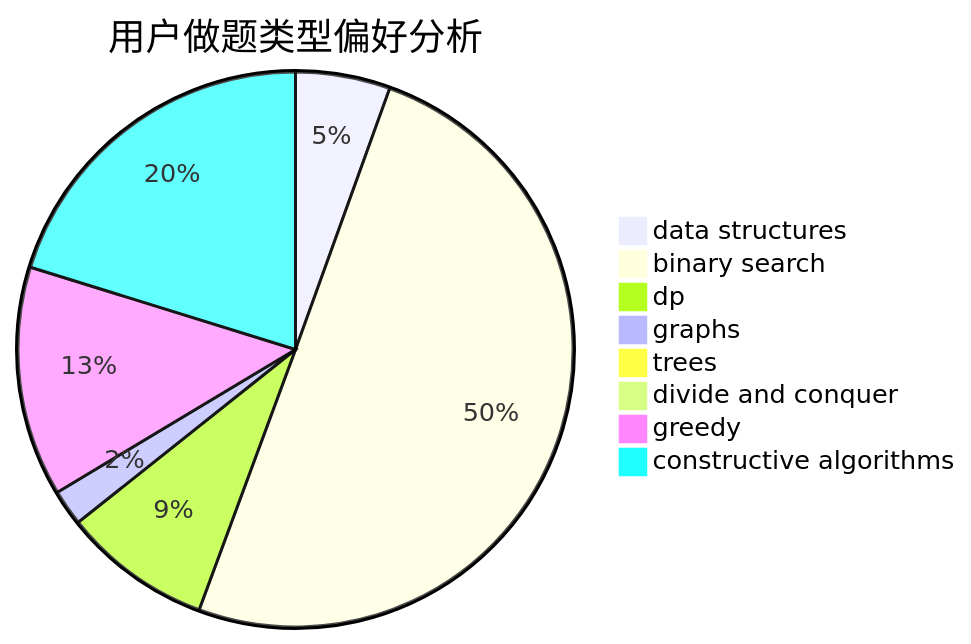
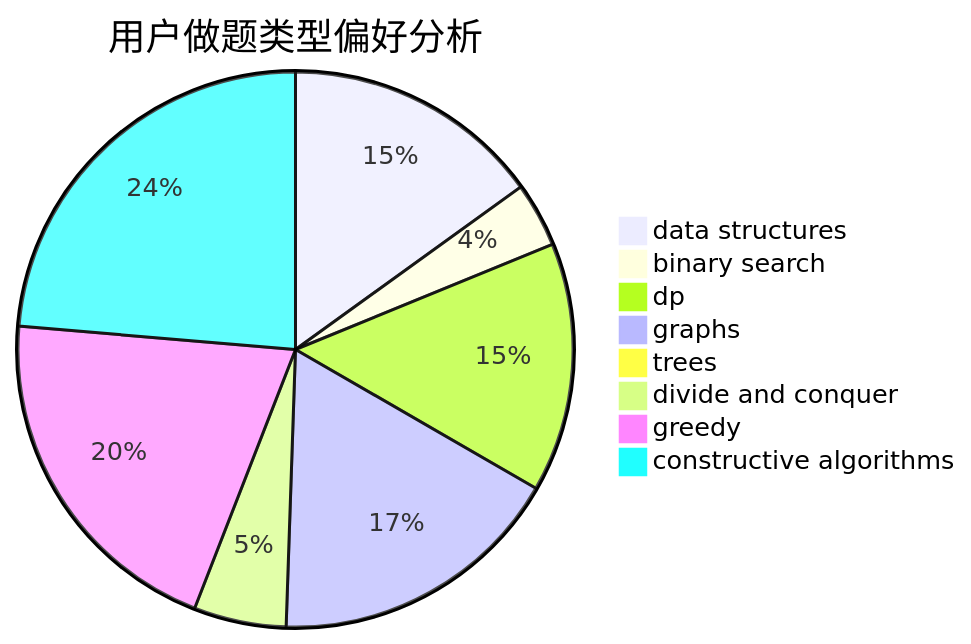
Before and after one commit to sherpahu/cfrs.github.io: the second of 3 diagrams in docs/user/u2031.md, drawn with Mermaid. The commit also changed other lines of this file and 2770 other files, not shown here.

````diff
--- a/docs/user/u2031.md
+++ b/docs/user/u2031.md
@@ -23,11 +23,11 @@
 ```mermaid
 pie title 用户做题类型偏好分析
-    "data structures" :  21
-    "binary search" :  191
-    "dp" :  33
-    "graphs" :  8
-    "trees" :  3
-    "divide and conquer" :  0
-    "greedy" :  51
-    "constructive algorithms" :  77
+    "data structures" :  28
+    "binary search" :  7
+    "dp" :  27
+    "graphs" :  32
+    "trees" :  0
+    "divide and conquer" :  10
+    "greedy" :  38
+    "constructive algorithms" :  44
 ```
````
